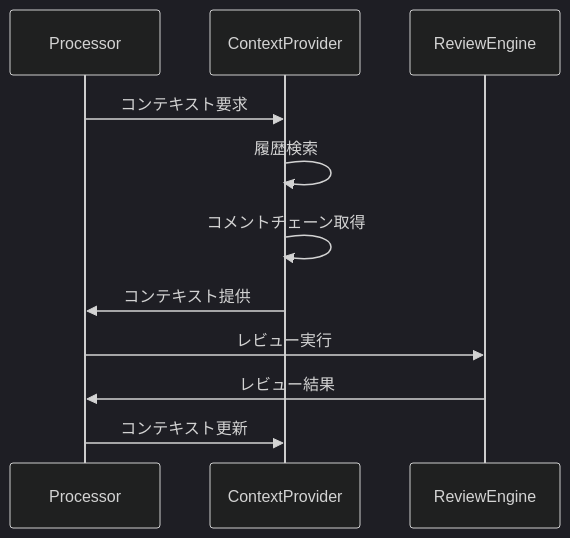
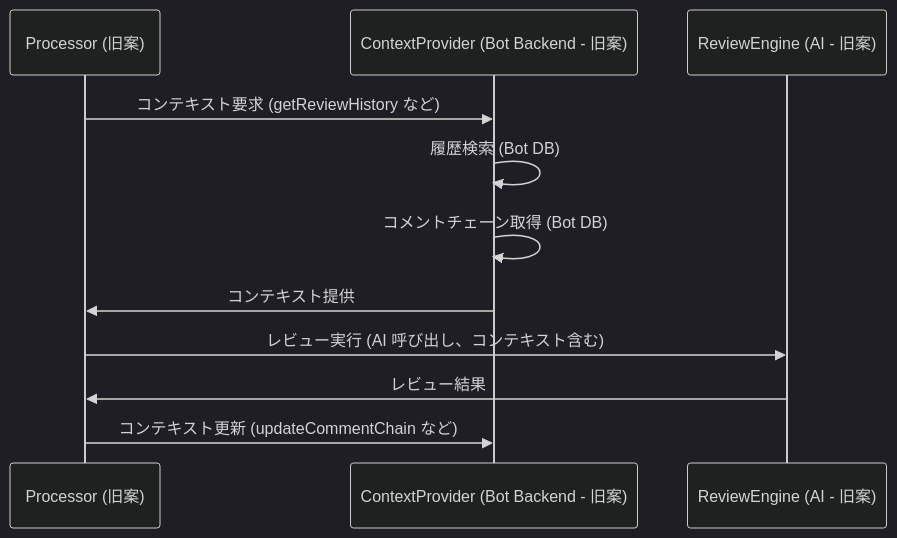
One commit to growilabs/code-hedgehog changed the second of 2 diagrams in docs/project-specs/03.processors/base-processor-context.md. Above: the diagram before and after it, drawn with Mermaid (dark theme). The commit also changed other lines of this file and 6 other files, not shown here.

First line of the commit message:
Enhance documentation for CodeRabbit's context management and comment chain analysis

````diff
--- a/docs/project-specs/03.processors/base-processor-context.md
+++ b/docs/project-specs/03.processors/base-processor-context.md
@@ -75,14 +74,14 @@
 ```mermaid
 sequenceDiagram
-    participant P as Processor
-    participant C as ContextProvider
-    participant R as ReviewEngine
+    participant P as Processor (旧案)
+    participant C as ContextProvider (Bot Backend - 旧案)
+    participant R as ReviewEngine (AI - 旧案)
     
-    P->>C: コンテキスト要求
-    C->>C: 履歴検索
-    C->>C: コメントチェーン取得
+    P->>C: コンテキスト要求 (getReviewHistory など)
+    C->>C: 履歴検索 (Bot DB)
+    C->>C: コメントチェーン取得 (Bot DB)
     C->>P: コンテキスト提供
-    P->>R: レビュー実行
+    P->>R: レビュー実行 (AI 呼び出し、コンテキスト含む)
     R->>P: レビュー結果
-    P->>C: コンテキスト更新
+    P->>C: コンテキスト更新 (updateCommentChain など)
 ```
````
